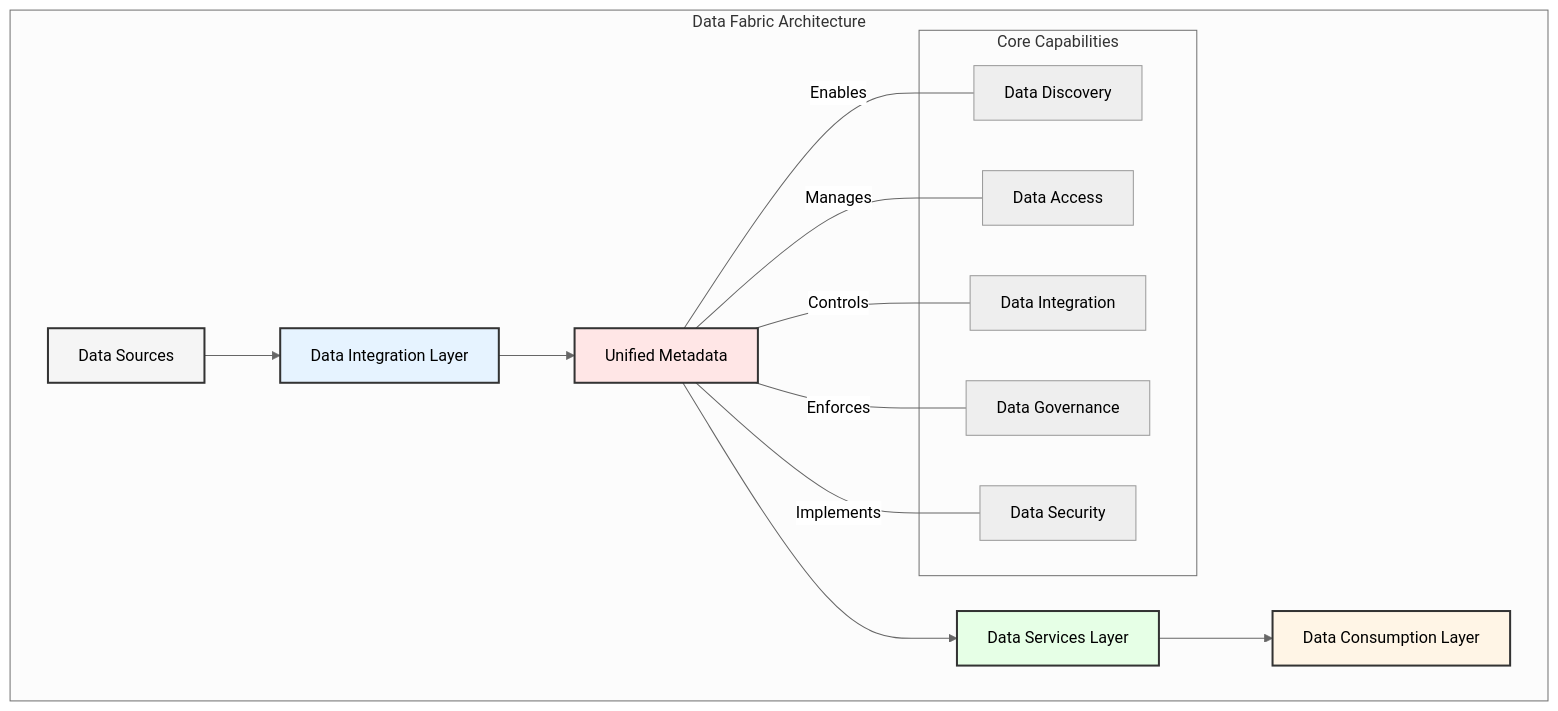
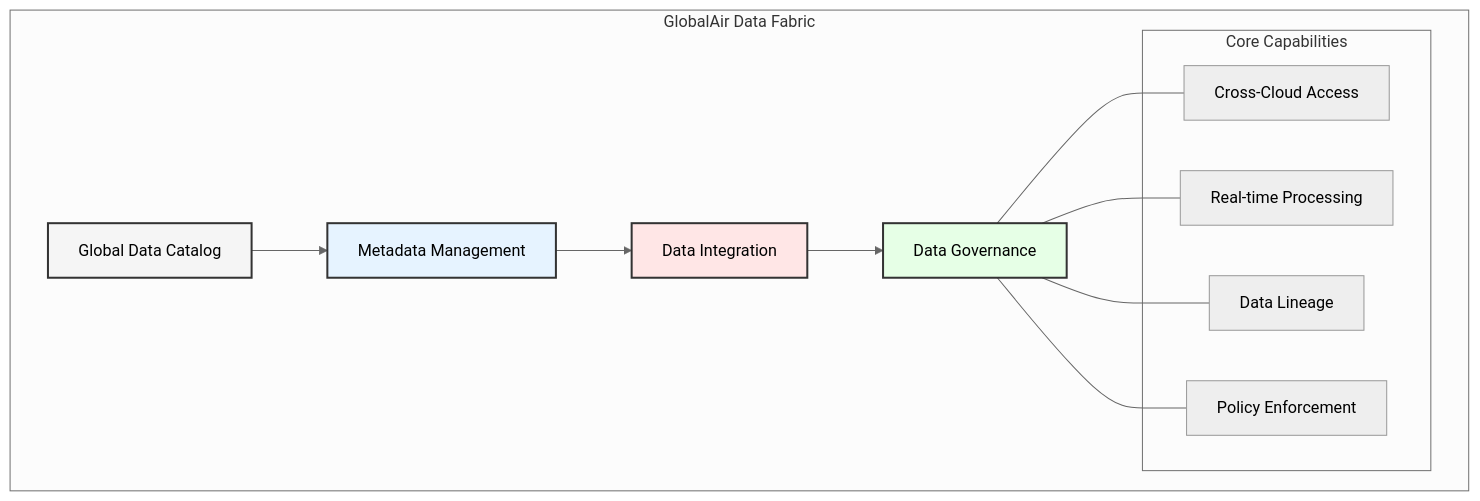
The first of 5 diagrams in enterprise_data_architecture/chapters/02_data_fabric.md (data-octo/agentic_ai_research), drawn with Mermaid (neutral theme) before and after one commit. The commit also changed other lines of this file and 11 other files, not shown here.

````diff
--- a/enterprise_data_architecture/chapters/02_data_fabric.md
+++ b/enterprise_data_architecture/chapters/02_data_fabric.md
@@ -7,29 +7,25 @@
 ```mermaid
 graph TB
-    subgraph "Data Fabric Architecture"
-        A[Data Sources] --> B[Data Integration Layer]
-        B --> C[Unified Metadata]
-        C --> D[Data Services Layer]
-        D --> E[Data Consumption Layer]
+    subgraph "GlobalAir Data Fabric"
+        A[Global Data Catalog] --> B[Metadata Management]
+        B --> C[Data Integration]
+        C --> D[Data Governance]
         
         subgraph "Core Capabilities"
-            F[Data Discovery]
-            G[Data Access]
-            H[Data Integration]
-            I[Data Governance]
-            J[Data Security]
+            E[Cross-Cloud Access]
+            F[Real-time Processing]
+            G[Data Lineage]
+            H[Policy Enforcement]
         end
         
-        C ---|Enables| F
-        C ---|Manages| G
-        C ---|Controls| H
-        C ---|Enforces| I
-        C ---|Implements| J
+        D --- E
+        D --- F
+        D --- G
+        D --- H
     end
     
     style A fill:#f5f5f5,stroke:#333,stroke-width:2px
     style B fill:#e6f3ff,stroke:#333,stroke-width:2px
     style C fill:#ffe6e6,stroke:#333,stroke-width:2px
     style D fill:#e6ffe6,stroke:#333,stroke-width:2px
-    style E fill:#fff5e6,stroke:#333,stroke-width:2px
 ```
````
